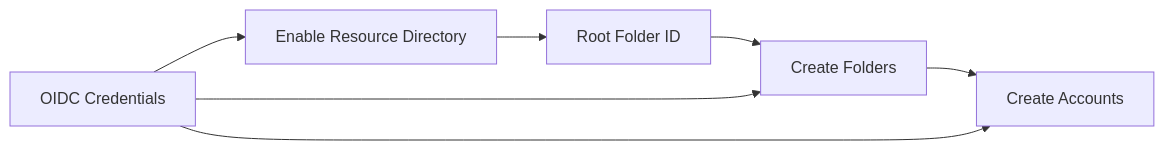
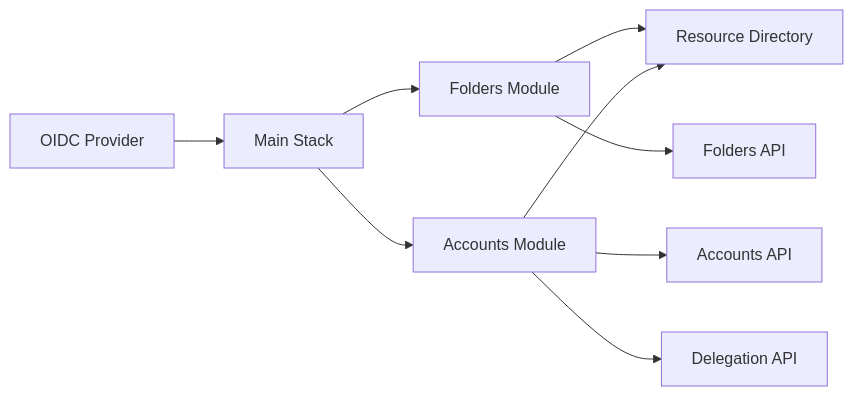
One commit to AlibabaCloudLandingZone/alibabacloud-landingzone-accelerator-github-demo changed the fifth of 5 diagrams in .qoder/repowiki/en/content/Bootstrap Infrastructure/Organization Structure Setup.md. Above: the diagram before and after it, drawn with Mermaid. The commit also changed other lines of this file and 110 other files, not shown here.

````diff
--- a/.qoder/repowiki/en/content/Bootstrap Infrastructure/Organization Structure Setup.md
+++ b/.qoder/repowiki/en/content/Bootstrap Infrastructure/Organization Structure Setup.md
@@ -225,9 +288,11 @@
 ```mermaid
 graph LR
-EnableRD["Enable Resource Directory"] --> RootID["Root Folder ID"]
-RootID --> Folders["Create Folders"]
-Folders --> Accounts["Create Accounts"]
-OIDC["OIDC Credentials"] --> EnableRD
-OIDC --> Folders
-OIDC --> Accounts
+Main["Main Stack"] --> Folders["Folders Module"]
+Main --> Accounts["Accounts Module"]
+Folders --> RD["Resource Directory"]
+Folders --> FoldersAPI["Folders API"]
+Accounts --> RD
+Accounts --> AccountsAPI["Accounts API"]
+Accounts --> DelegationAPI["Delegation API"]
+OIDC["OIDC Provider"] --> Main
 ```
````
